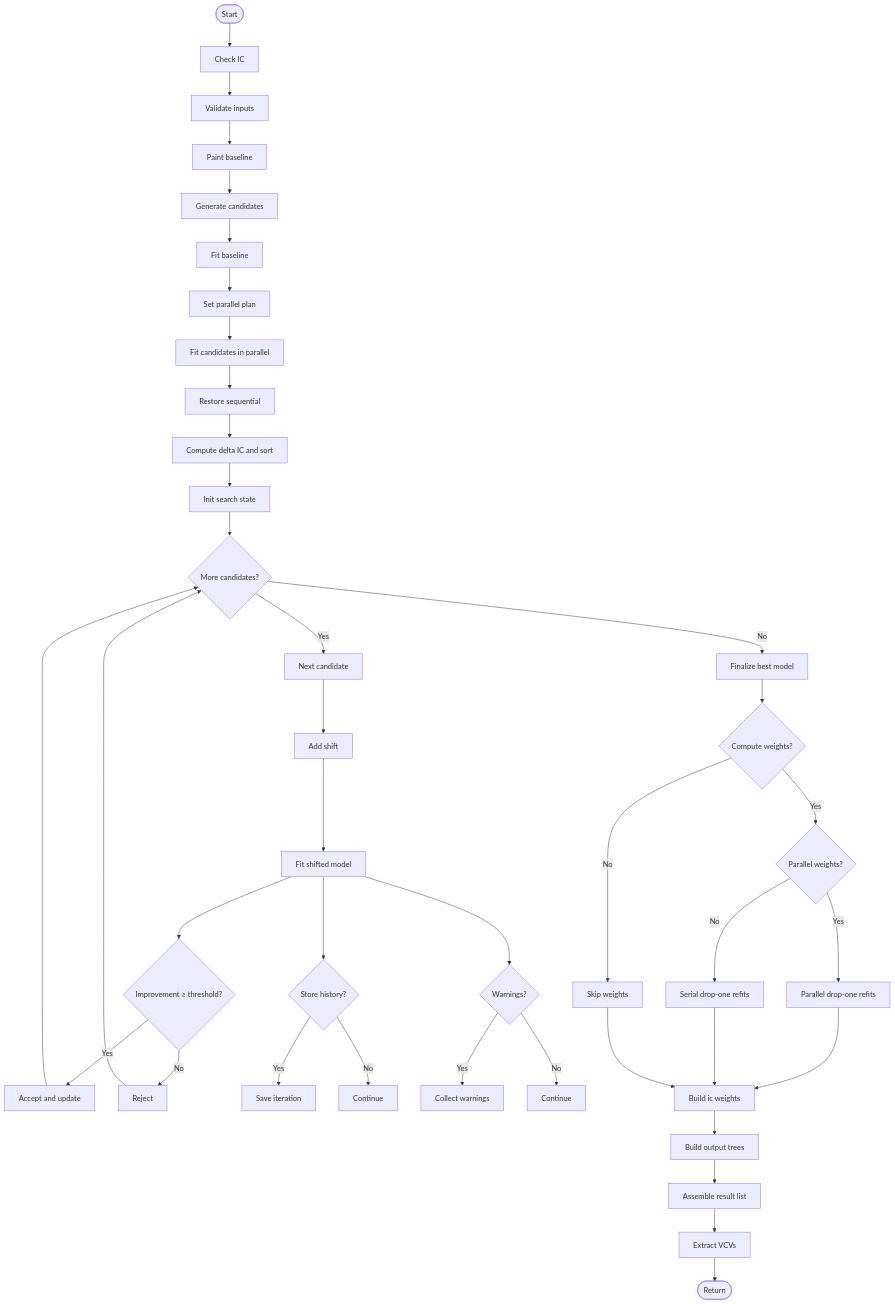
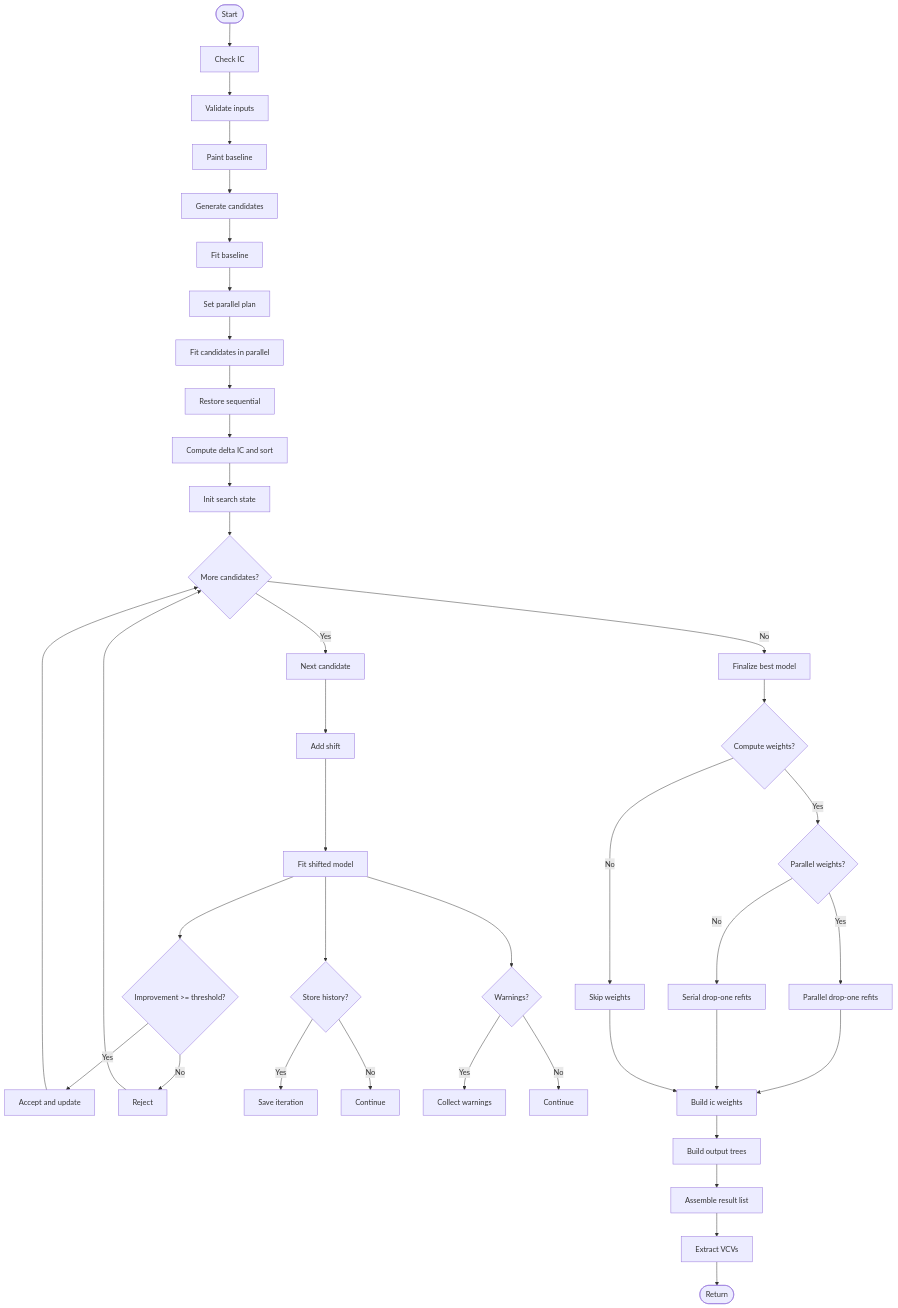
Before and after one commit to jakeberv/bifrost: the diagram in README.md, drawn with Mermaid. The commit also changed 1 other file, not shown here.

Commit message:
trying to fix mermaid code parsing

````diff
--- a/README.md
+++ b/README.md
@@ -84,42 +84,42 @@
 ```mermaid
 flowchart TD
 A([Start])
 A --> B[Check IC]
 B --> C[Validate inputs]
 C --> D[Paint baseline]
 D --> E[Generate candidates]
 E --> F[Fit baseline]
 F --> G[Set parallel plan]
 G --> H[Fit candidates in parallel]
 H --> I[Restore sequential]
 I --> J[Compute delta IC and sort]
 J --> K[Init search state]
 K --> L{More candidates?}
 L -->|Yes| M[Next candidate]
 M --> N[Add shift]
 N --> O[Fit shifted model]
-O --> P{Improvement ≥ threshold?}
+O --> P{Improvement >= threshold?}
 P -->|Yes| Q[Accept and update]
 P -->|No| R[Reject]
 O --> S{Store history?}
 S -->|Yes| T[Save iteration]
 S -->|No| U[Continue]
 O --> V{Warnings?}
 V -->|Yes| W[Collect warnings]
 V -->|No| X[Continue]
 Q --> L
 R --> L
 L -->|No| Y[Finalize best model]
 Y --> Z{Compute weights?}
 Z -->|Yes| ZA{Parallel weights?}
 ZA -->|Yes| ZB[Parallel drop-one refits]
 ZA -->|No| ZC[Serial drop-one refits]
 Z -->|No| ZD[Skip weights]
 ZB --> ZE[Build ic weights]
 ZC --> ZE
 ZD --> ZE
 ZE --> ZF[Build output trees]
 ZF --> ZG[Assemble result list]
 ZG --> ZH[Extract VCVs]
 ZH --> ZI([Return])
 ```
````
